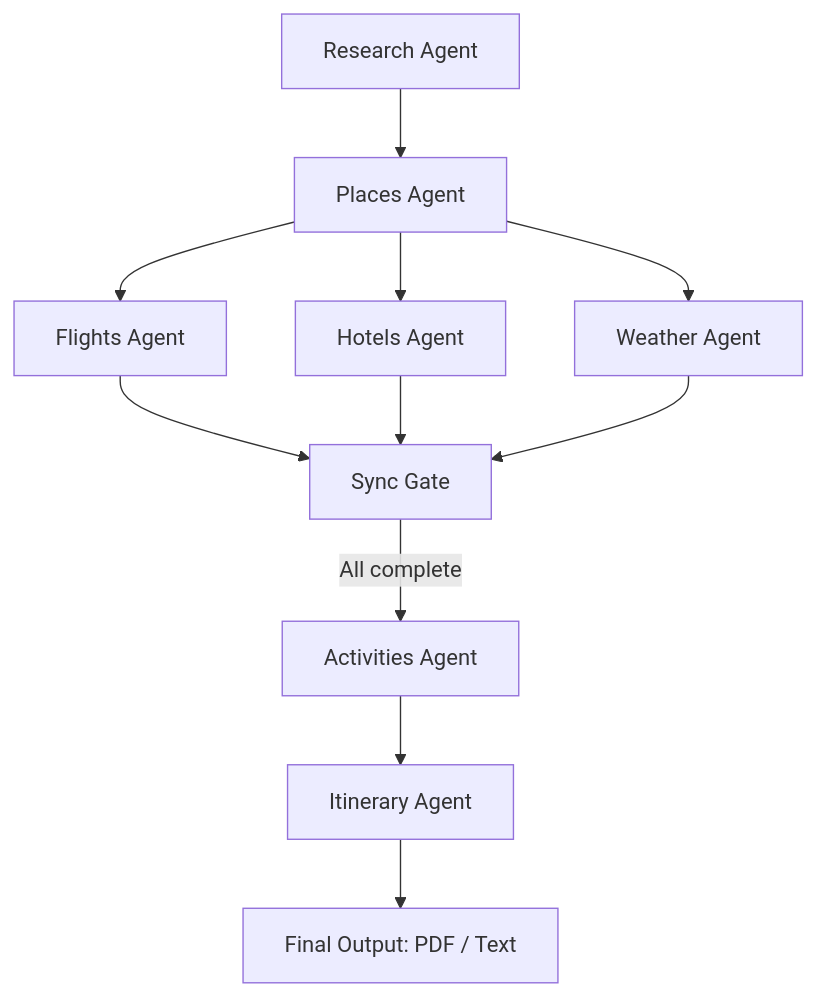
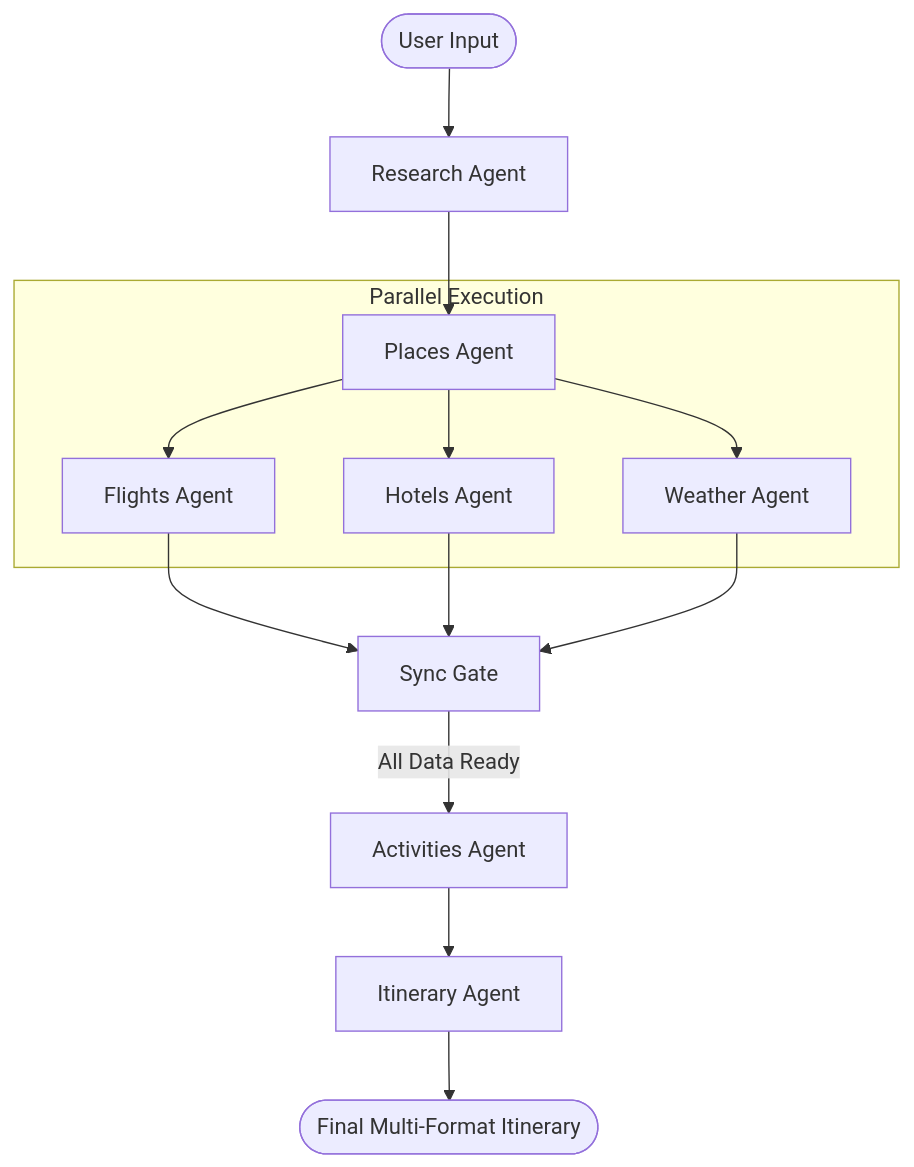
The diagram in README.md (agrawalpraveen12/Voyager-Agents), drawn with Mermaid before and after one commit. The commit also changed other lines of this file, not shown here.

````diff
--- a/README.md
+++ b/README.md
@@ -90,15 +21,19 @@
 ```mermaid
 flowchart TD
-    A[Research Agent] --> B[Places Agent]
-    B --> C[Flights Agent]
-    B --> D[Hotels Agent]
-    B --> E[Weather Agent]
-
-    C --> F[Sync Gate]
-    D --> F[Sync Gate]
-    E --> F[Sync Gate]
-
-    F -->|All complete| G[Activities Agent]
-    G --> H[Itinerary Agent]
-    H --> I[Final Output: PDF / Text]
+    Start([User Input]) --> Research[Research Agent]
+    Research --> Places[Places Agent]
+    
+    subgraph ParallelAgents [Parallel Execution]
+        Places --> Flights[Flights Agent]
+        Places --> Hotels[Hotels Agent]
+        Places --> Weather[Weather Agent]
+    end
+    
+    Flights --> Sync[Sync Gate]
+    Hotels --> Sync
+    Weather --> Sync
+    
+    Sync -->|All Data Ready| Activities[Activities Agent]
+    Activities --> Itinerary[Itinerary Agent]
+    Itinerary --> Output([Final Multi-Format Itinerary])
 ```
````
